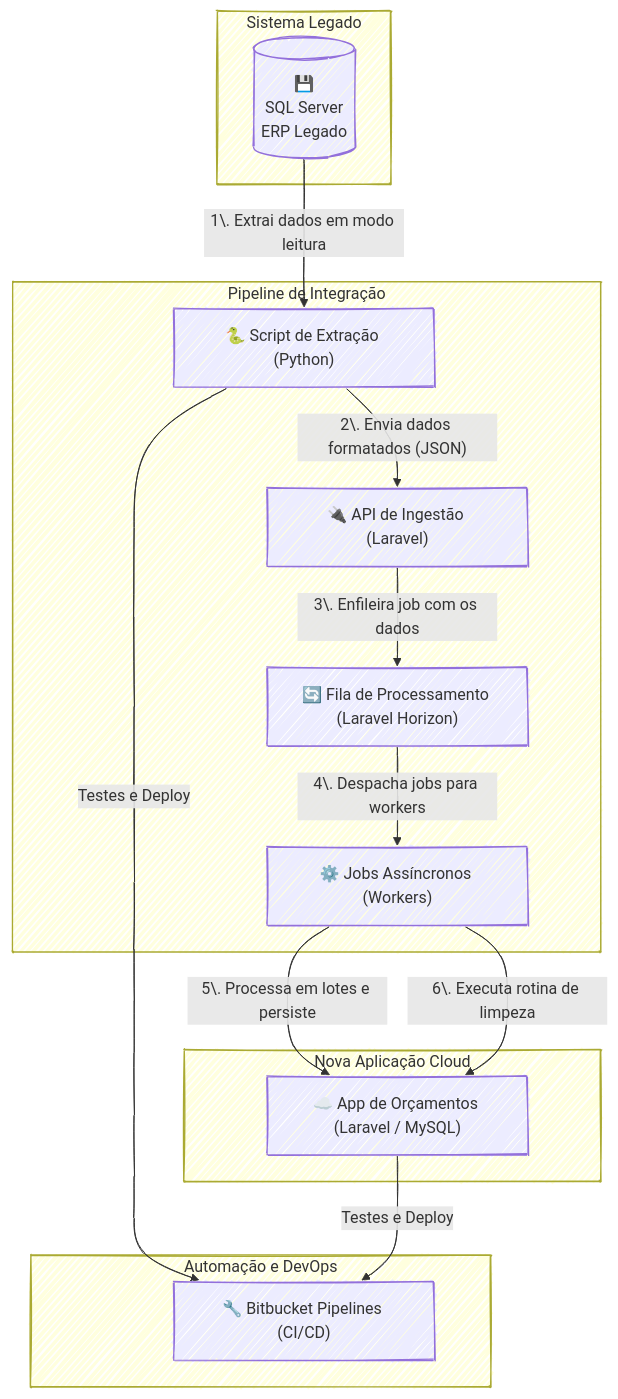
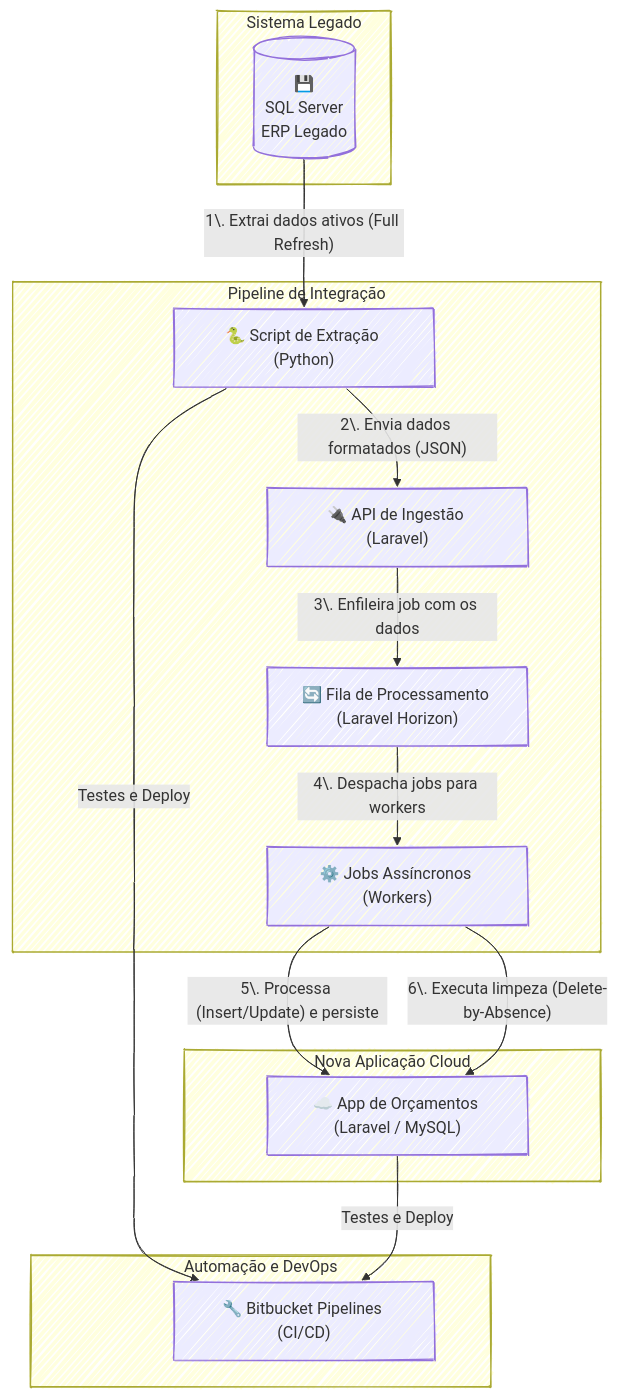
Before and after one commit to lfrichter/ask-richter: the tenth of 19 diagrams in apps/backend/src/knowledge-base/Projects-Consolidated.md, drawn with Mermaid. The commit also changed other lines of this file and 2 other files, not shown here.

````diff
--- a/apps/backend/src/knowledge-base/Projects-Consolidated.md
+++ b/apps/backend/src/knowledge-base/Projects-Consolidated.md
@@ -1055,36 +1301,36 @@
 ```mermaid
 ---
 config:
   theme: default
   look: handDrawn
 ---
 graph TD
     subgraph "Sistema Legado"
         ERP[("💾<br>SQL Server<br>ERP Legado")]
     end
 
     subgraph "Pipeline de Integração"
         Script["🐍 Script de Extração (Python)"]
         API["🔌 API de Ingestão (Laravel)"]
         Horizon["🔄 Fila de Processamento (Laravel Horizon)"]
         Workers["⚙️ Jobs Assíncronos (Workers)"]
     end
 
     subgraph "Nova Aplicação Cloud"
         DB["☁️ App de Orçamentos (Laravel / MySQL)"]
     end
 
     subgraph "Automação e DevOps"
         CICD["🔧 Bitbucket Pipelines (CI/CD)"]
     end
 
-    ERP -- "1\. Extrai dados em modo leitura" --> Script
+    ERP -- "1\. Extrai dados ativos (Full Refresh)" --> Script
     Script -- "2\. Envia dados formatados (JSON)" --> API
     API -- "3\. Enfileira job com os dados" --> Horizon
     Horizon -- "4\. Despacha jobs para workers" --> Workers
-    Workers -- "5\. Processa em lotes e persiste" --> DB
-    Workers -- "6\. Executa rotina de limpeza" --> DB
+    Workers -- "5\. Processa (Insert/Update) e persiste" --> DB
+    Workers -- "6\. Executa limpeza (Delete-by-Absence)" --> DB
 
     Script -- "Testes e Deploy" --> CICD
     DB -- "Testes e Deploy" --> CICD
 ```
````
